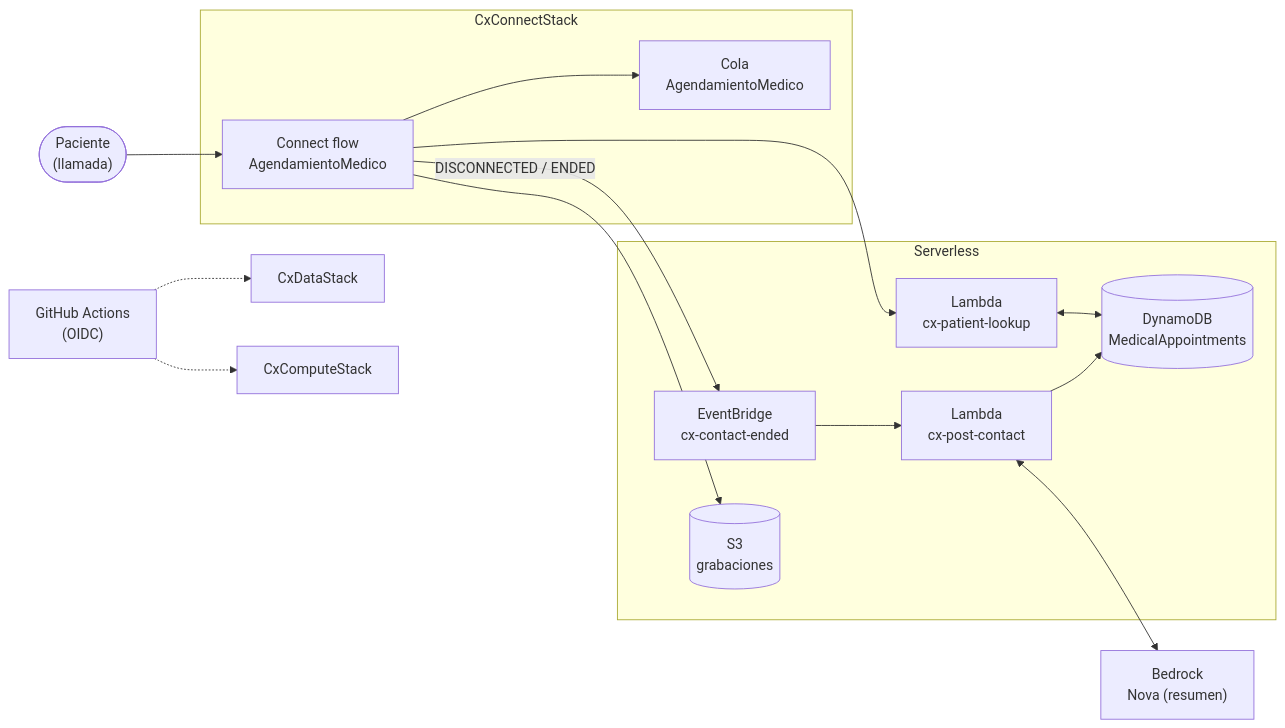
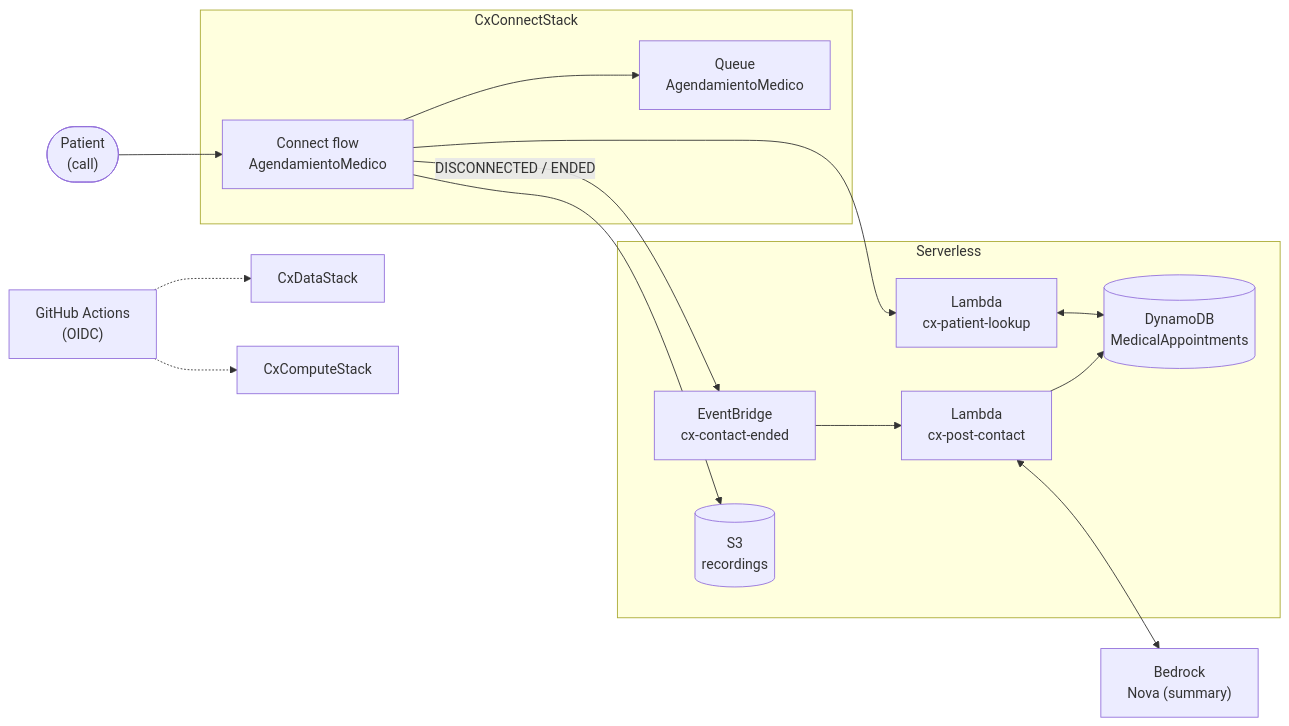
The first of 2 diagrams in README.md (kaesar/demo-cx), drawn with Mermaid before and after one commit. The commit also changed other lines of this file and 10 other files, not shown here.

````diff
--- a/README.md
+++ b/README.md
@@ -9,26 +9,26 @@
 ```mermaid
 flowchart LR
-    Paciente(["Paciente<br/>(llamada)"]) --> Flow["Connect flow<br/>AgendamientoMedico"]
+    Patient(["Patient<br/>(call)"]) --> Flow["Connect flow<br/>AgendamientoMedico"]
     Flow --> Lookup["Lambda<br/>cx-patient-lookup"]
     Lookup <--> DDB[("DynamoDB<br/>MedicalAppointments")]
-    Flow --> Cola["Cola<br/>AgendamientoMedico"]
+    Flow --> Queue["Queue<br/>AgendamientoMedico"]
     Flow -- "DISCONNECTED / ENDED" --> EB["EventBridge<br/>cx-contact-ended"]
     EB --> Post["Lambda<br/>cx-post-contact"]
     Post --> DDB
-    Post <--> Bedrock["Bedrock<br/>Nova (resumen)"]
-    Flow --> S3[("S3<br/>grabaciones")]
+    Post <--> Bedrock["Bedrock<br/>Nova (summary)"]
+    Flow --> S3[("S3<br/>recordings")]
     GH["GitHub Actions<br/>(OIDC)"] -.-> Data["CxDataStack"]
     GH -.-> Compute["CxComputeStack"]
 
     subgraph Connect["CxConnectStack"]
         Flow
-        Cola
+        Queue
     end
     subgraph Serverless["Serverless"]
         Lookup
         Post
         EB
         DDB
         S3
     end
 ```
````
